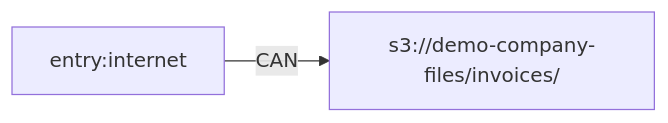
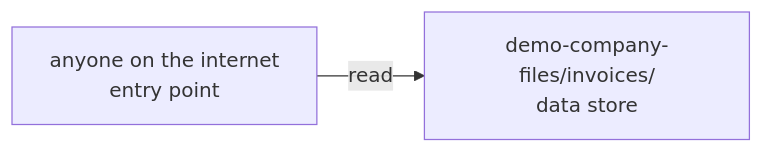
One commit to AjinkyaTaranekar/theseus changed the diagram in tests/unit/snapshots/render/fixture-public-bucket.md. Above: the diagram before and after it, drawn with Mermaid. The commit also changed other lines of this file and 12 other files, not shown here.

````diff
--- a/tests/unit/snapshots/render/fixture-public-bucket.md
+++ b/tests/unit/snapshots/render/fixture-public-bucket.md
@@ -24,6 +11,6 @@
 ```mermaid
 flowchart LR
-  n1["entry:internet"]
-  n2["s3://demo-company-files/invoices/"]
-  n1 -->|CAN| n2
+  n1["anyone on the internet<br/>entry point"]
+  n2["demo-company-files/invoices/<br/>data store"]
+  n1 -->|"read"| n2
 ```
````
